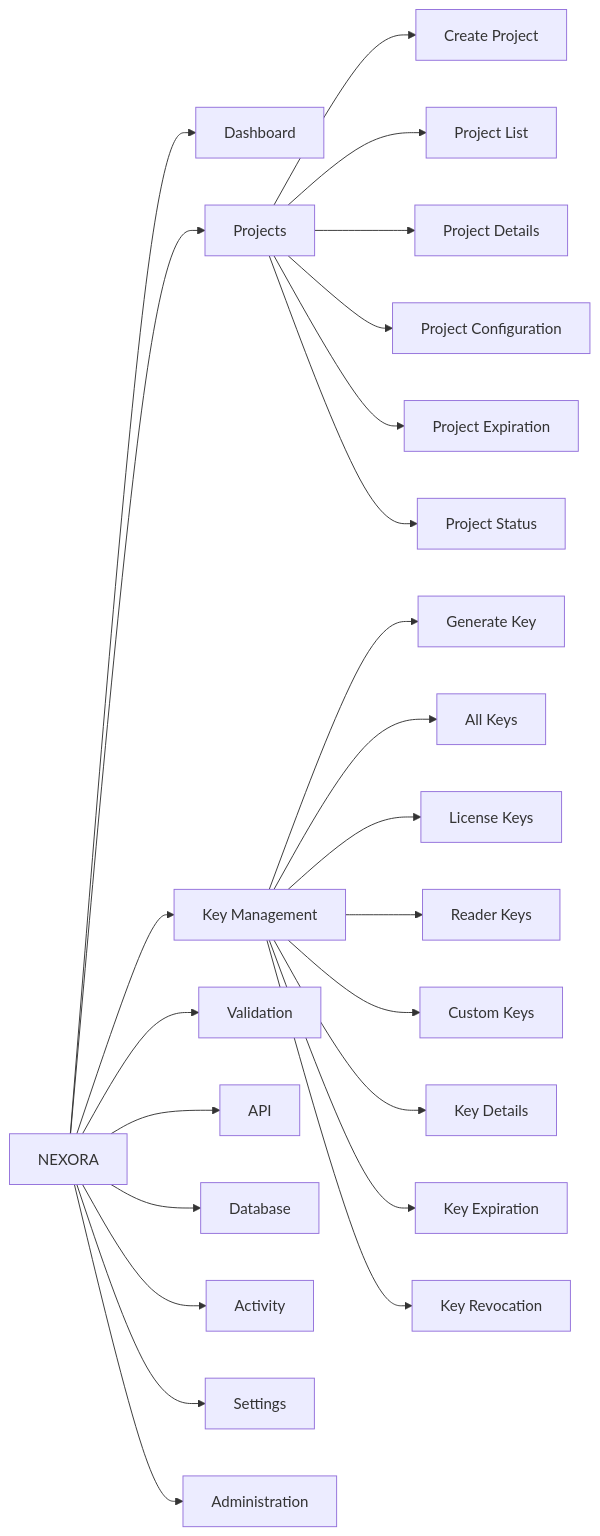
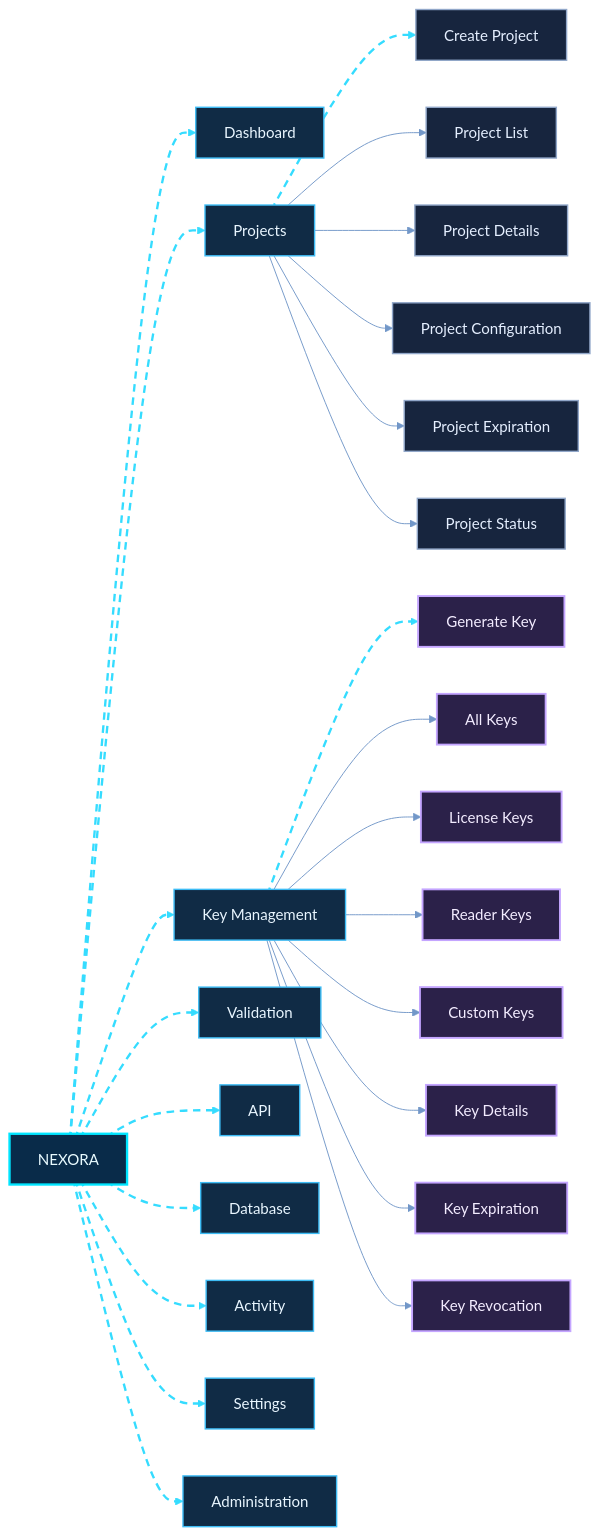
Before and after one commit to shajeduzzamanenan992008inc/NexOra-Database-key-Gen: the fifth of 23 diagrams in README.md, drawn with Mermaid. The commit also changed other lines of this file, not shown here.

````diff
--- a/README.md
+++ b/README.md
@@ -544,28 +629,48 @@
 ```mermaid
+%%{init: {"theme":"base","themeVariables":{"darkMode":true,"background":"#07111f","primaryColor":"#102744","primaryTextColor":"#e8f7ff","primaryBorderColor":"#00d9ff","lineColor":"#7297c8","secondaryColor":"#261d45","secondaryTextColor":"#f3eaff","secondaryBorderColor":"#a78bfa","tertiaryColor":"#12332b","tertiaryTextColor":"#e0fff1","tertiaryBorderColor":"#41e6a2","fontFamily":"Inter, Segoe UI, sans-serif","edgeLabelBackground":"#101d34","mainBkg":"#102744","nodeBorder":"#00d9ff","clusterBkg":"#0b1930","clusterBorder":"#6f7dff","actorBkg":"#102744","actorBorder":"#00d9ff","actorTextColor":"#e8f7ff","signalColor":"#64d8ff","signalTextColor":"#e8f7ff","noteBkgColor":"#0e332b","noteBorderColor":"#41e6a2","noteTextColor":"#e0fff1"}}}%%
 flowchart LR
-    NX["NEXORA"] --> N1["Dashboard"]
-    NX --> N2["Projects"]
-    NX --> N3["Key Management"]
-    NX --> N4["Validation"]
-    NX --> N5["API"]
-    NX --> N6["Database"]
-    NX --> N7["Activity"]
-    NX --> N8["Settings"]
-    NX --> N9["Administration"]
+    NX["NEXORA"] nx05e01@--> N1["Dashboard"]
+    NX nx05e02@--> N2["Projects"]
+    NX nx05e03@--> N3["Key Management"]
+    NX nx05e04@--> N4["Validation"]
+    NX nx05e05@--> N5["API"]
+    NX nx05e06@--> N6["Database"]
+    NX nx05e07@--> N7["Activity"]
+    NX nx05e08@--> N8["Settings"]
+    NX nx05e09@--> N9["Administration"]
 
-    N2 --> P1["Create Project"]
+    N2 nx05e10@--> P1["Create Project"]
     N2 --> P2["Project List"]
     N2 --> P3["Project Details"]
     N2 --> P4["Project Configuration"]
     N2 --> P5["Project Expiration"]
     N2 --> P6["Project Status"]
 
-    N3 --> K1["Generate Key"]
+    N3 nx05e11@--> K1["Generate Key"]
     N3 --> K2["All Keys"]
     N3 --> K3["License Keys"]
     N3 --> K4["Reader Keys"]
     N3 --> K5["Custom Keys"]
     N3 --> K6["Key Details"]
     N3 --> K7["Key Expiration"]
     N3 --> K8["Key Revocation"]
+
+    %% OMEGA NEX-ORA visual classes
+    %% OMEGA NEX-ORA / ULTRA NEON PALETTE
+    classDef nxCore fill:#092b49,stroke:#00e5ff,stroke-width:2.5px,color:#e9fbff;
+    classDef nxProcess fill:#102b45,stroke:#3dbcf5,stroke-width:1.5px,color:#e9f6ff;
+    classDef nxDecision fill:#2b2050,stroke:#b38cff,stroke-width:2px,color:#f3edff;
+    classDef nxSuccess fill:#0d3b2c,stroke:#3fffa0,stroke-width:2px,color:#e0fff0;
+    classDef nxDanger fill:#451d30,stroke:#ff6688,stroke-width:2px,color:#fff0f3;
+    classDef nxData fill:#12352d,stroke:#63e6be,stroke-width:2px,color:#e1fff5;
+    classDef nxExternal fill:#2b2149,stroke:#c4a5ff,stroke-width:2px,color:#f3ecff;
+    classDef nxInfo fill:#17253e,stroke:#91a7c9,stroke-width:1.5px,color:#e5efff;
+    classDef nxWarning fill:#453116,stroke:#fbbf24,stroke-width:2px,color:#fff6d6;
+    %% Moving dashed route: Mermaid applies this class to explicitly identified edges.
+    classDef nxAnimated stroke:#35dcff,stroke-width:2.5px,stroke-dasharray:8\,6,stroke-dashoffset:1000,animation:dash 24s linear infinite;
+    class NX nxCore;
+    class N1,N2,N3,N4,N5,N6,N7,N8,N9 nxProcess;
+    class P1,P2,P3,P4,P5,P6 nxInfo;
+    class K1,K2,K3,K4,K5,K6,K7,K8 nxExternal;
+    class nx05e01,nx05e02,nx05e03,nx05e04,nx05e05,nx05e06,nx05e07,nx05e08,nx05e09,nx05e10,nx05e11 nxAnimated;
 ```
````
